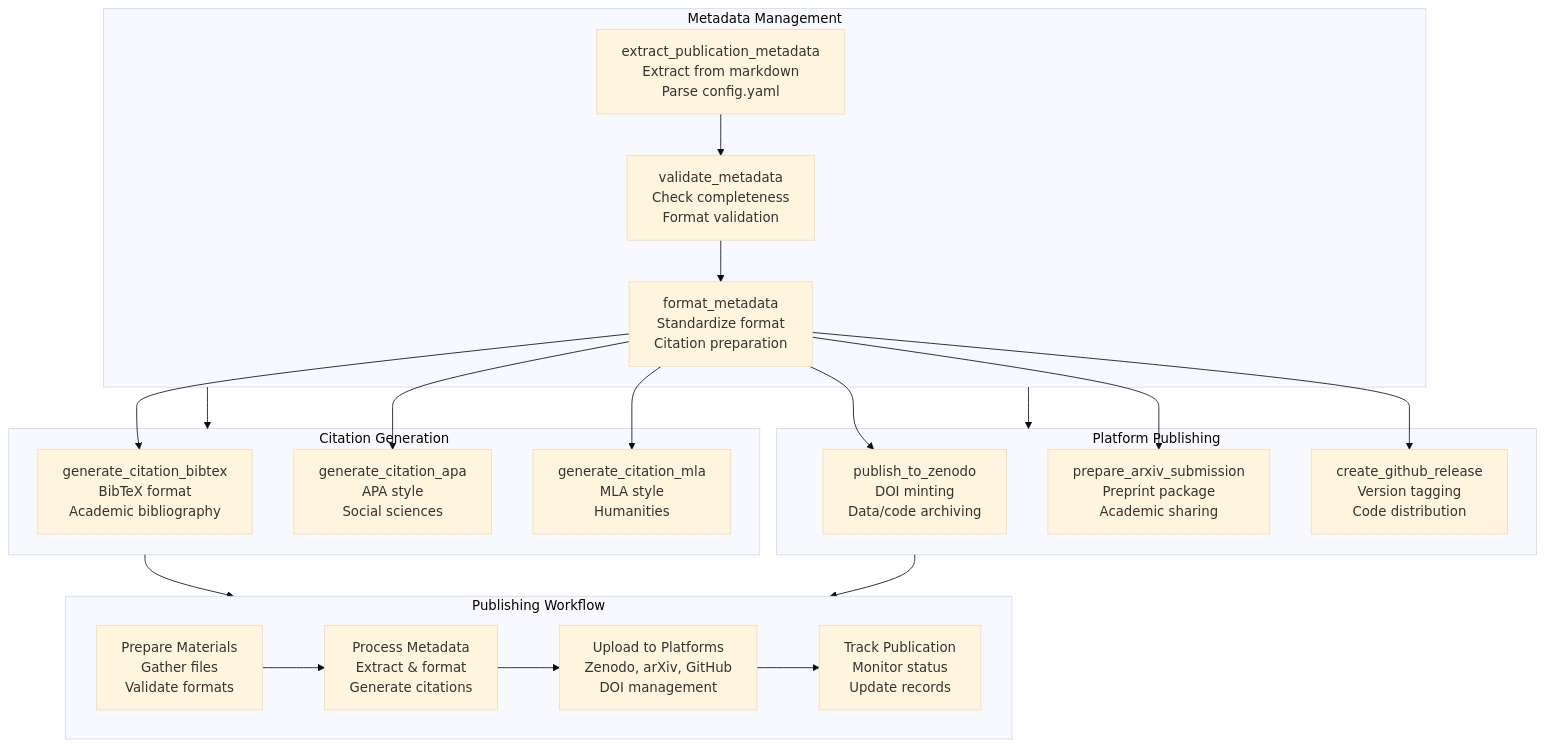
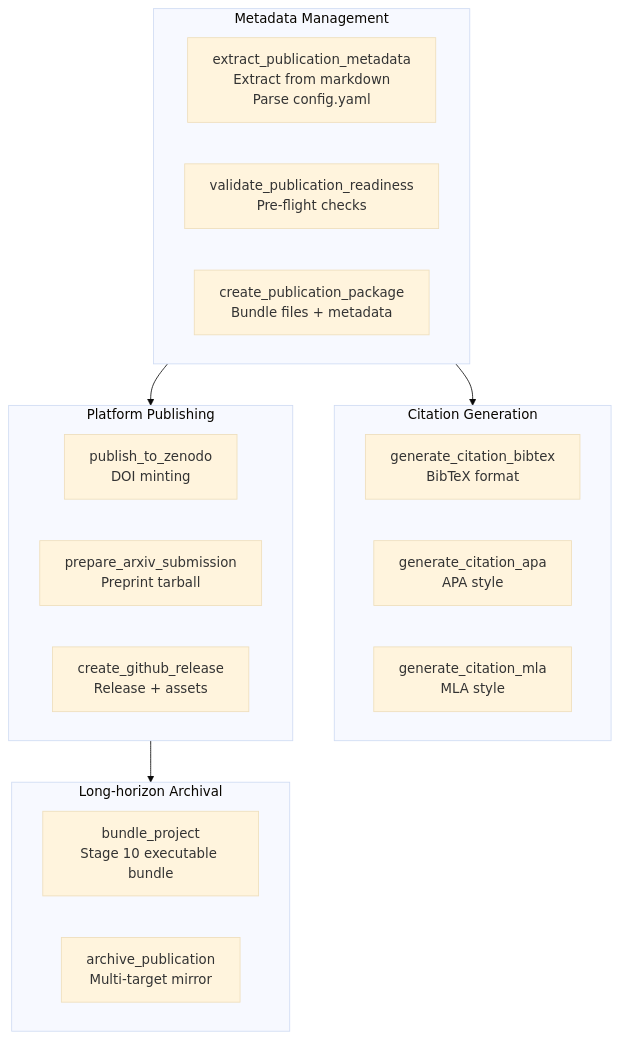
Before and after one commit to docxology/template: the diagram in infrastructure/publishing/README.md, drawn with Mermaid (base theme). The commit also changed other lines of this file and 116 other files, not shown here.

````diff
--- a/infrastructure/publishing/README.md
+++ b/infrastructure/publishing/README.md
@@ -32,49 +32,29 @@
 ```mermaid
 graph TD
     subgraph Metadata["Metadata Management"]
         EXTRACT[extract_publication_metadata<br/>Extract from markdown<br/>Parse config.yaml]
-        VALIDATE[validate_metadata<br/>Check completeness<br/>Format validation]
-        FORMAT[format_metadata<br/>Standardize format<br/>Citation preparation]
+        READINESS[validate_publication_readiness<br/>Pre-flight checks]
+        PACKAGE[create_publication_package<br/>Bundle files + metadata]
     end
 
     subgraph Citations["Citation Generation"]
-        BIBTEX[generate_citation_bibtex<br/>BibTeX format<br/>Academic bibliography]
-        APA[generate_citation_apa<br/>APA style<br/>Social sciences]
-        MLA[generate_citation_mla<br/>MLA style<br/>Humanities]
+        BIBTEX[generate_citation_bibtex<br/>BibTeX format]
+        APA[generate_citation_apa<br/>APA style]
+        MLA[generate_citation_mla<br/>MLA style]
     end
 
     subgraph Platforms["Platform Publishing"]
-        ZENODO[publish_to_zenodo<br/>DOI minting<br/>Data/code archiving]
-        ARXIV[prepare_arxiv_submission<br/>Preprint package<br/>Academic sharing]
-        GITHUB[create_github_release<br/>Version tagging<br/>Code distribution]
+        ZENODO[publish_to_zenodo<br/>DOI minting]
+        ARXIV[prepare_arxiv_submission<br/>Preprint tarball]
+        GITHUB[create_github_release<br/>Release + assets]
     end
 
-    subgraph Workflow["Publishing Workflow"]
-        PREPARE[Prepare Materials<br/>Gather files<br/>Validate formats]
-        METADATA_PROC[Process Metadata<br/>Extract & format<br/>Generate citations]
-        UPLOAD[Upload to Platforms<br/>Zenodo, arXiv, GitHub<br/>DOI management]
-        TRACK[Track Publication<br/>Monitor status<br/>Update records]
+    subgraph Archival["Long-horizon Archival"]
+        BUNDLE[bundle_project<br/>Stage 10 executable bundle]
+        ARCHIVE[archive_publication<br/>Multi-target mirror]
     end
 
     Metadata --> Citations
     Metadata --> Platforms
-
-    Citations --> Workflow
-    Platforms --> Workflow
-
-    EXTRACT --> VALIDATE --> FORMAT
-    FORMAT --> BIBTEX
-    FORMAT --> APA
-    FORMAT --> MLA
-
-    FORMAT --> ZENODO
-    FORMAT --> ARXIV
-    FORMAT --> GITHUB
-
-    PREPARE --> METADATA_PROC --> UPLOAD --> TRACK
-
-    class Metadata metadata
-    class Citations citations
-    class Platforms platforms
-    class Workflow workflow
+    Platforms --> Archival
 ```
````
